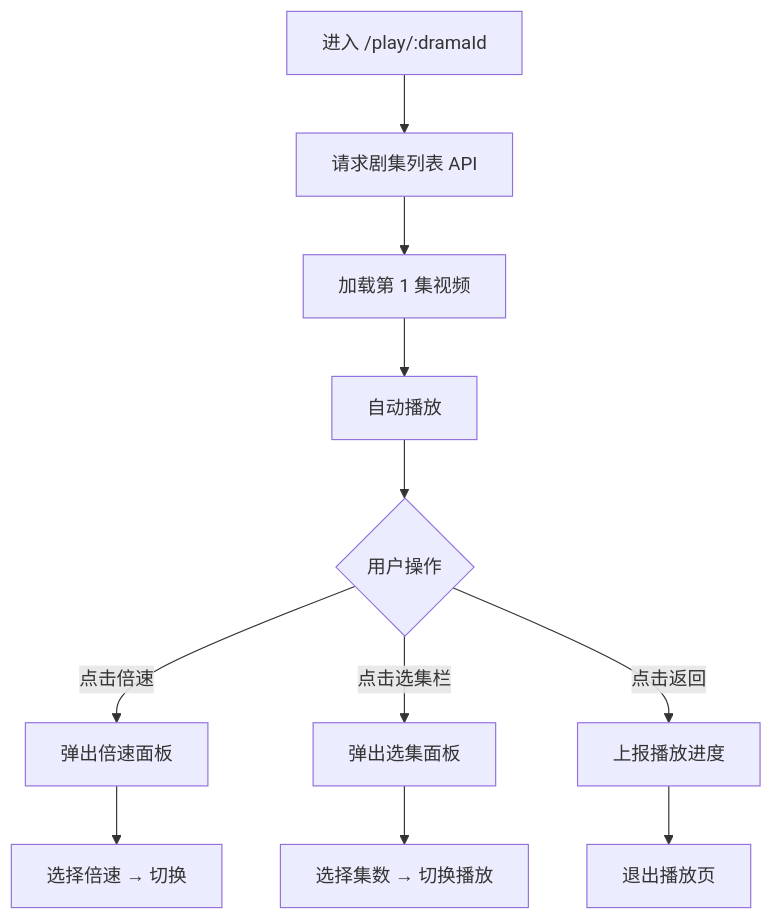
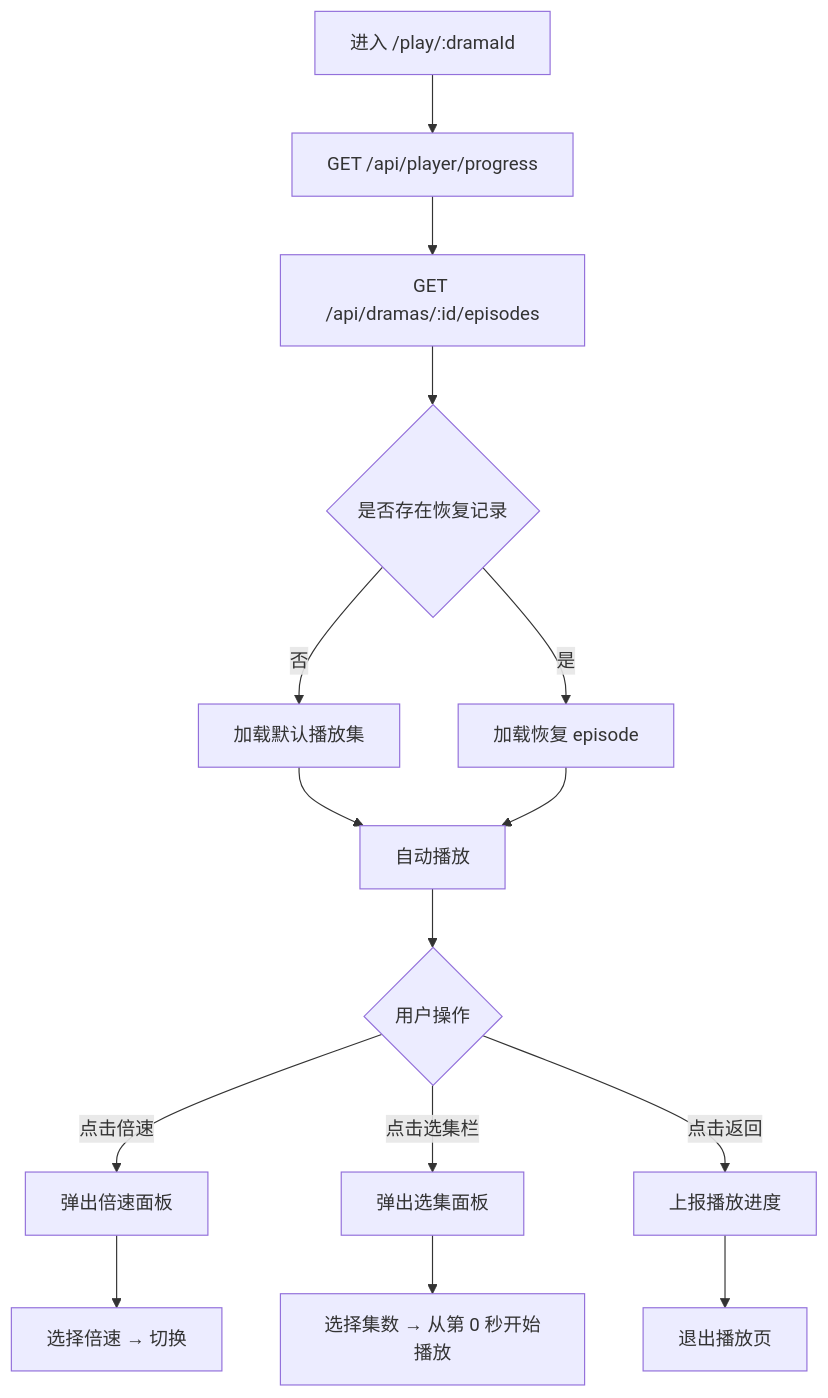
The first of 2 diagrams in docs/product_manager/prd/2026-07-25-full-player/prd.md (djs66256/fork-any-application), drawn with Mermaid before and after one commit. The commit also changed other lines of this file and 114 other files, not shown here.

````diff
--- a/docs/product_manager/prd/2026-07-25-full-player/prd.md
+++ b/docs/product_manager/prd/2026-07-25-full-player/prd.md
@@ -81,13 +82,17 @@
 ```mermaid
 flowchart TD
-    A[进入 /play/:dramaId] --> B[请求剧集列表 API]
-    B --> C[加载第 1 集视频]
-    C --> D[自动播放]
-    D --> E{用户操作}
-    E -->|点击倍速| F[弹出倍速面板]
-    F --> G[选择倍速 → 切换]
-    E -->|点击选集栏| H[弹出选集面板]
-    H --> I[选择集数 → 切换播放]
-    E -->|点击返回| J[上报播放进度]
-    J --> K[退出播放页]
+    A[进入 /play/:dramaId] --> B[GET /api/player/progress]
+    B --> C[GET /api/dramas/:id/episodes]
+    C --> D{是否存在恢复记录}
+    D -->|否| E[加载默认播放集]
+    D -->|是| F[加载恢复 episode]
+    E --> G[自动播放]
+    F --> G
+    G --> H{用户操作}
+    H -->|点击倍速| I[弹出倍速面板]
+    I --> J[选择倍速 → 切换]
+    H -->|点击选集栏| K[弹出选集面板]
+    K --> L[选择集数 → 从第 0 秒开始播放]
+    H -->|点击返回| M[上报播放进度]
+    M --> N[退出播放页]
 ```
````
